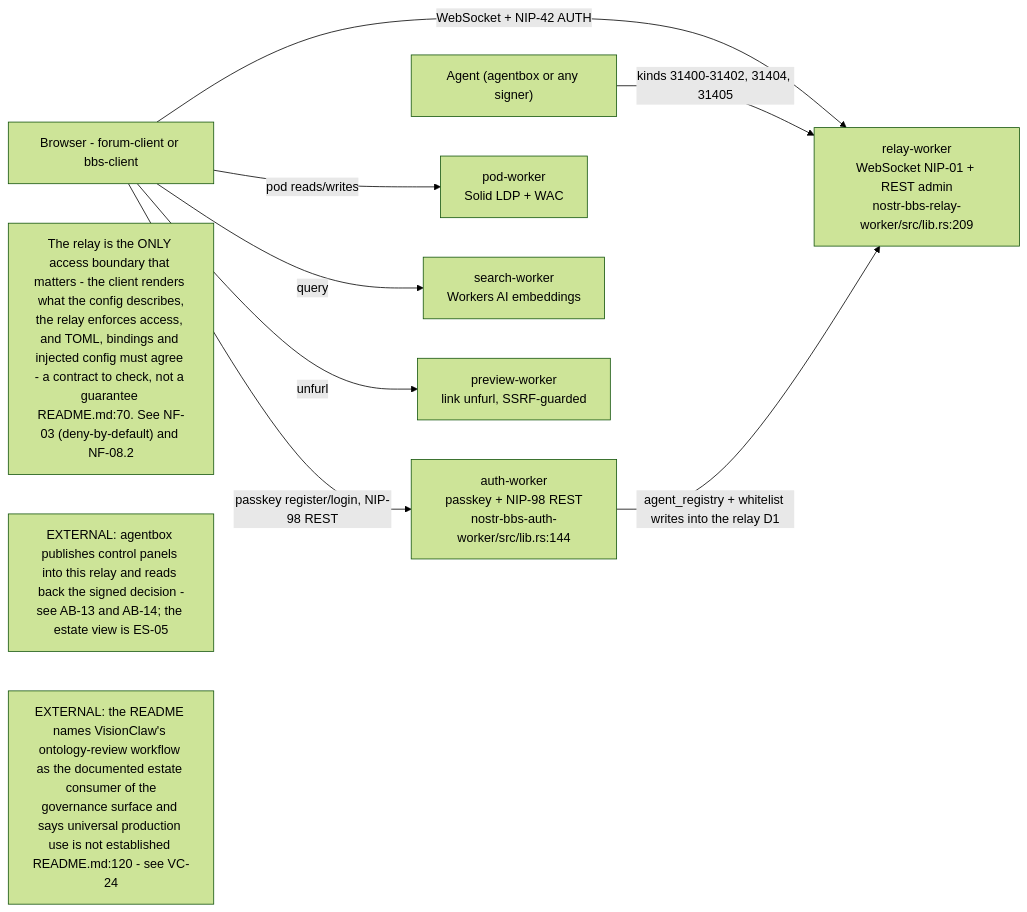
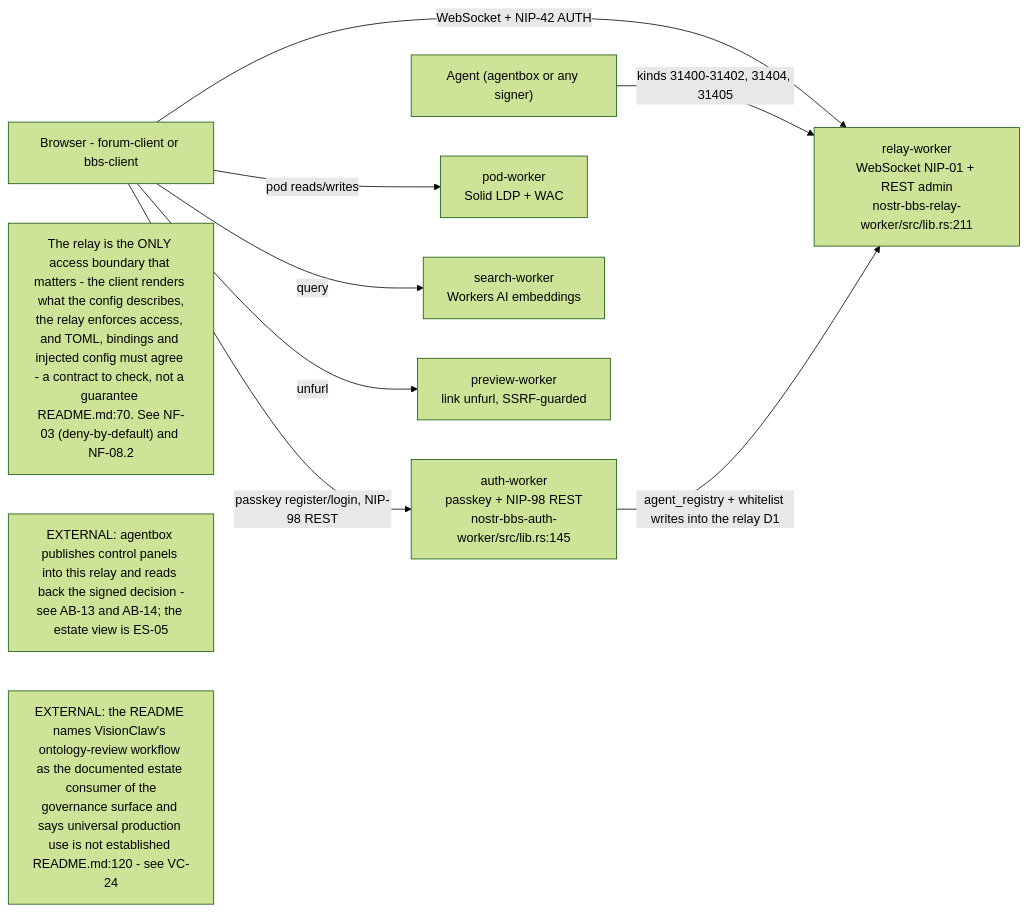
The sixth of 6 diagrams in docs/diagrams/nostr-rust-forum/01-workspace-and-worker-topology.md (DreamLab-AI/VisionFlow), drawn with Mermaid (forest theme) before and after one commit. The commit also changed other lines of this file, not shown here.

First line of the commit message:
docs(diagrams): NF-01 re-verified at nostr-rust-forum af4f0d5

````diff
--- a/docs/diagrams/nostr-rust-forum/01-workspace-and-worker-topology.md
+++ b/docs/diagrams/nostr-rust-forum/01-workspace-and-worker-topology.md
@@ -233,22 +235,22 @@
 ```mermaid
 flowchart LR
     BROWSER["Browser - forum-client or bbs-client"]
     AGENT["Agent (agentbox or any signer)"]
-    RELAYW["relay-worker<br/>WebSocket NIP-01 + REST admin<br/>nostr-bbs-relay-worker/src/lib.rs:209"]
-    AUTHW["auth-worker<br/>passkey + NIP-98 REST<br/>nostr-bbs-auth-worker/src/lib.rs:144"]
+    RELAYW["relay-worker<br/>WebSocket NIP-01 + REST admin<br/>nostr-bbs-relay-worker/src/lib.rs:211"]
+    AUTHW["auth-worker<br/>passkey + NIP-98 REST<br/>nostr-bbs-auth-worker/src/lib.rs:145"]
     PODW["pod-worker<br/>Solid LDP + WAC"]
     SEARCHW["search-worker<br/>Workers AI embeddings"]
     PREVW["preview-worker<br/>link unfurl, SSRF-guarded"]
 
     BROWSER -->|"WebSocket + NIP-42 AUTH"| RELAYW
     BROWSER -->|"passkey register/login, NIP-98 REST"| AUTHW
     BROWSER -->|"pod reads/writes"| PODW
     BROWSER -->|"query"| SEARCHW
     BROWSER -->|"unfurl"| PREVW
     AGENT -->|"kinds 31400-31402, 31404, 31405"| RELAYW
     AUTHW -->|"agent_registry + whitelist writes into the relay D1"| RELAYW
 
     N1["The relay is the ONLY access boundary that matters - the client renders what the config describes,<br/>the relay enforces access, and TOML, bindings and injected config must agree - a contract to check, not a guarantee README.md:70. See NF-03 (deny-by-default) and NF-08.2"]
     N2["EXTERNAL: agentbox publishes control panels into this relay and reads back the signed decision -<br/>see AB-13 and AB-14; the estate view is ES-05"]
     N3["EXTERNAL: the README names VisionClaw's ontology-review workflow as the documented estate consumer of the<br/>governance surface and says universal production use is not established README.md:120 - see VC-24"]
 ```
````
